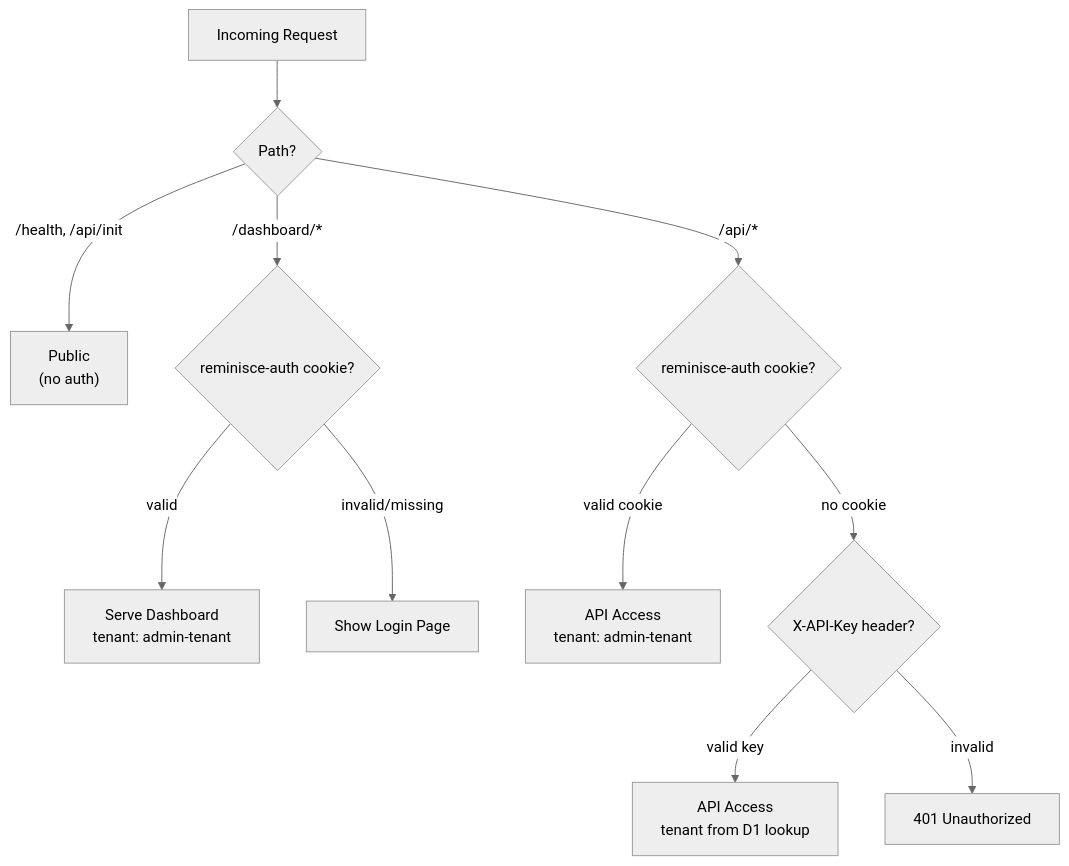
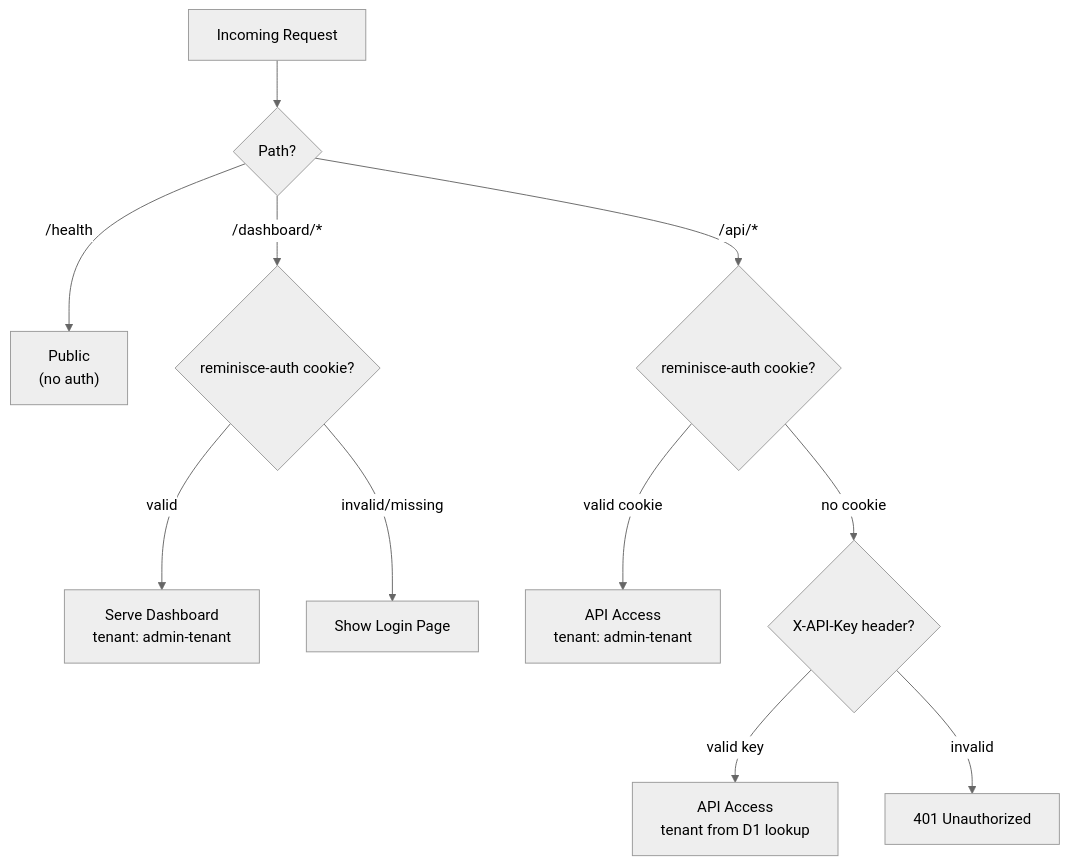
The eighth of 15 diagrams in README.md (MyronKoch/reminisce), drawn with Mermaid (neutral theme) before and after one commit. The commit also changed other lines of this file and 10 other files, not shown here.

````diff
--- a/README.md
+++ b/README.md
@@ -410,16 +410,16 @@
 ```mermaid
 flowchart TD
     Req["Incoming Request"] --> Path{"Path?"}
 
-    Path --> |"/health, /api/init"| Public["Public<br/>(no auth)"]
+    Path --> |"/health"| Public["Public<br/>(no auth)"]
     Path --> |"/dashboard/*"| PINCheck{"reminisce-auth cookie?"}
     Path --> |"/api/*"| APICheck{"reminisce-auth cookie?"}
 
     PINCheck --> |"valid"| Dashboard["Serve Dashboard<br/>tenant: admin-tenant"]
     PINCheck --> |"invalid/missing"| Login["Show Login Page"]
 
     APICheck --> |"valid cookie"| APIDash["API Access<br/>tenant: admin-tenant"]
     APICheck --> |"no cookie"| KeyCheck{"X-API-Key header?"}
     KeyCheck --> |"valid key"| APIKey["API Access<br/>tenant from D1 lookup"]
     KeyCheck --> |"invalid"| Deny["401 Unauthorized"]
 ```
````
